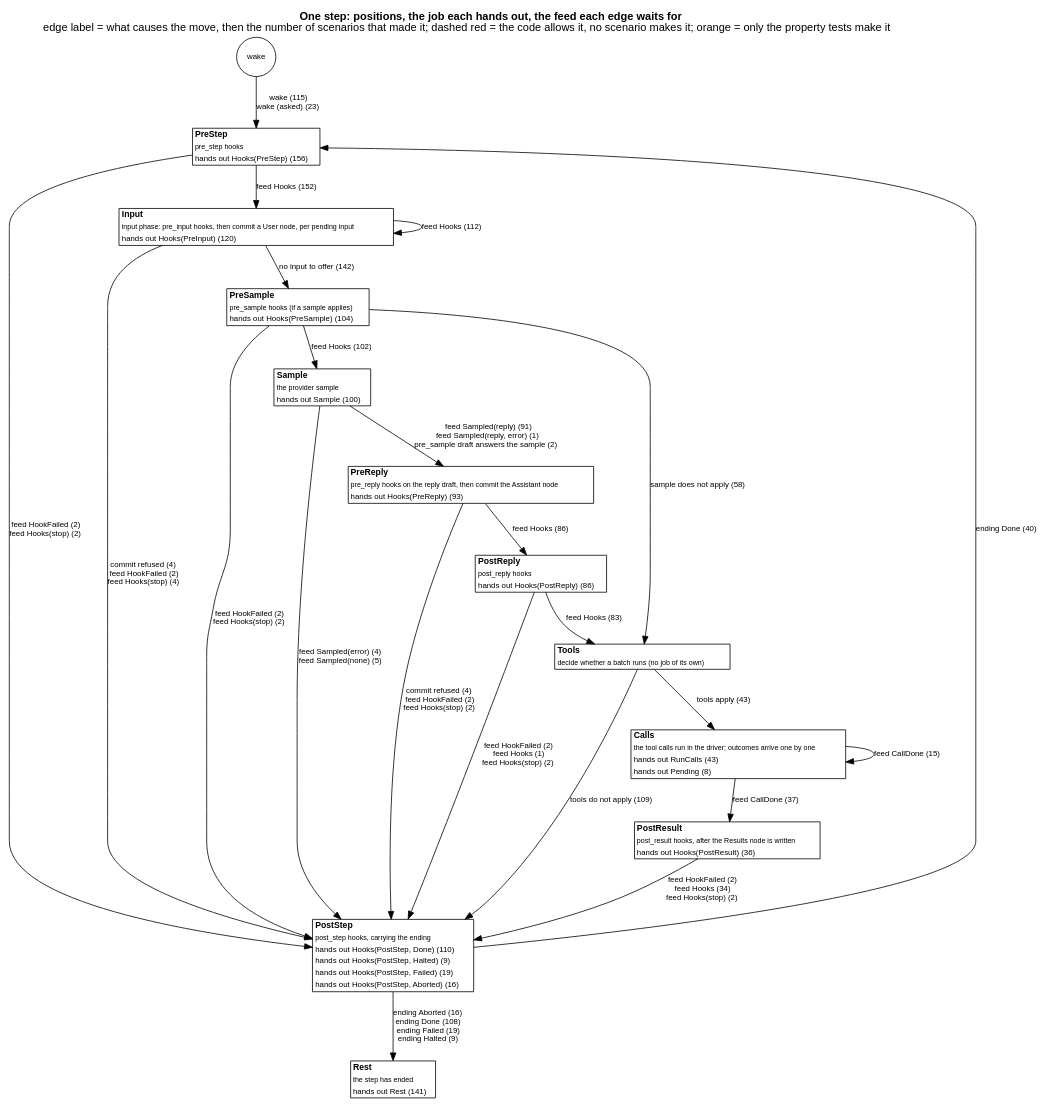
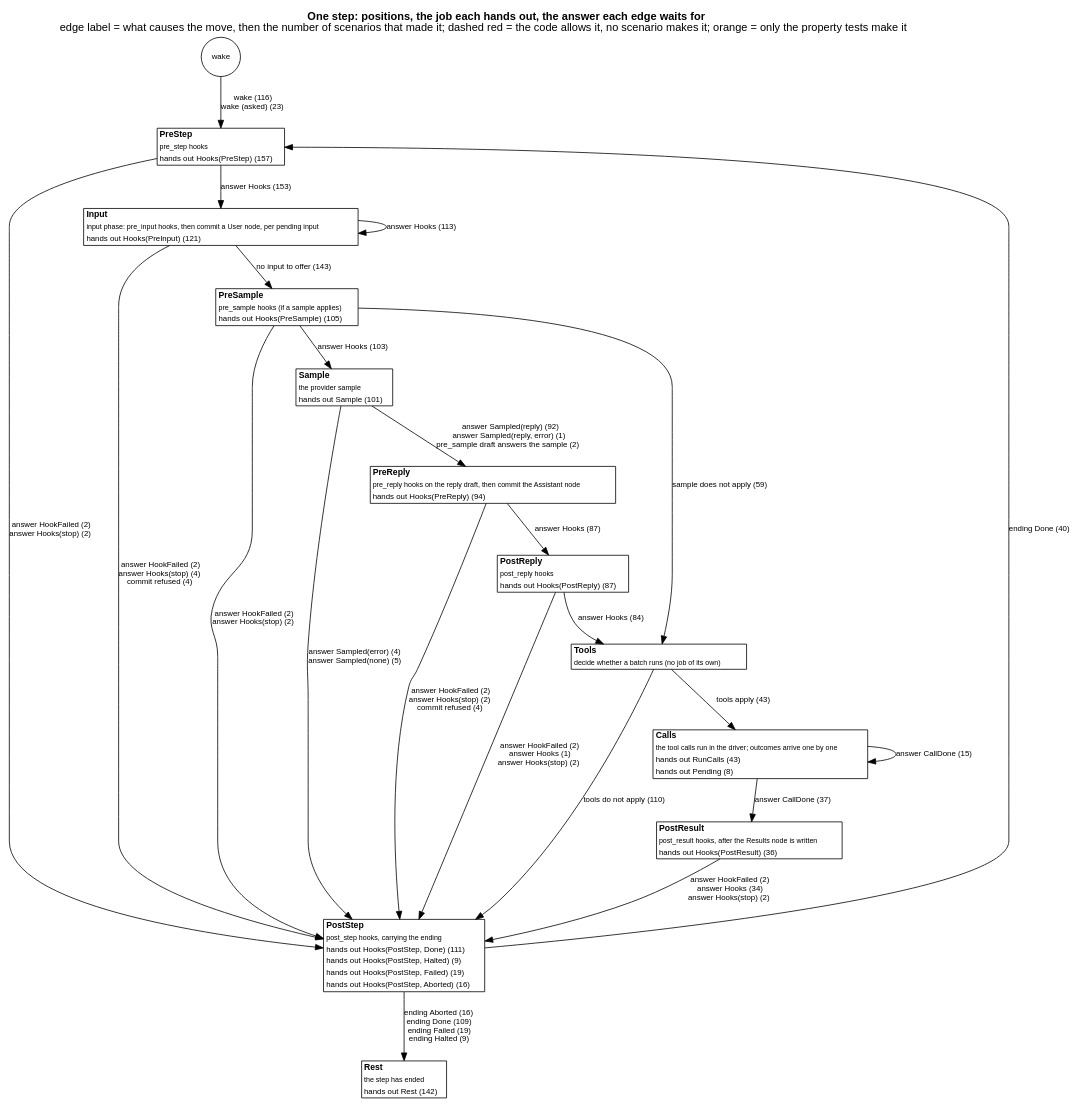
The diagram in docs/as-built/diagrams/step-positions.dot (jmccardle/tau), drawn with Graphviz before and after one commit. The commit also changed 56 other files, not shown here.

First line of the commit message:
Session by concept, rule 7 as a tripwire, feed renamed answer

```diff
--- a/docs/as-built/diagrams/step-positions.dot
+++ b/docs/as-built/diagrams/step-positions.dot
@@ -1,40 +1,40 @@
 // Generated by scripts/diagrams.sh from the test suites' transitions. Do not edit.
 digraph step_positions {
-  graph [rankdir=TB, fontname="Helvetica", nodesep=0.5, ranksep=0.6, labelloc=t, label=<<b>One step: positions, the job each hands out, the feed each edge waits for</b><br/>edge label = what causes the move, then the number of scenarios that made it; dashed red = the code allows it, no scenario makes it; orange = only the property tests make it>];
+  graph [rankdir=TB, fontname="Helvetica", nodesep=0.5, ranksep=0.6, labelloc=t, label=<<b>One step: positions, the job each hands out, the answer each edge waits for</b><br/>edge label = what causes the move, then the number of scenarios that made it; dashed red = the code allows it, no scenario makes it; orange = only the property tests make it>];
   node [shape=plain, fontname="Helvetica", fontsize=11];
   edge [fontname="Helvetica", fontsize=10];
   "(wake)" [shape=circle, label="wake", fontsize=10];
-  "PreStep" [label=<<table border="1" cellborder="0" cellspacing="0" bgcolor="white"><tr><td align="left"><b>PreStep</b></td></tr><tr><td align="left"><font point-size="9">pre_step hooks</font></td></tr><tr><td align="left"><font color="black" point-size="10">hands out Hooks(PreStep) (156)</font></td></tr></table>>];
-  "Input" [label=<<table border="1" cellborder="0" cellspacing="0" bgcolor="white"><tr><td align="left"><b>Input</b></td></tr><tr><td align="left"><font point-size="9">input phase: pre_input hooks, then commit a User node, per pending input</font></td></tr><tr><td align="left"><font color="black" point-size="10">hands out Hooks(PreInput) (120)</font></td></tr></table>>];
-  "PreSample" [label=<<table border="1" cellborder="0" cellspacing="0" bgcolor="white"><tr><td align="left"><b>PreSample</b></td></tr><tr><td align="left"><font point-size="9">pre_sample hooks (if a sample applies)</font></td></tr><tr><td align="left"><font color="black" point-size="10">hands out Hooks(PreSample) (104)</font></td></tr></table>>];
-  "Sample" [label=<<table border="1" cellborder="0" cellspacing="0" bgcolor="white"><tr><td align="left"><b>Sample</b></td></tr><tr><td align="left"><font point-size="9">the provider sample</font></td></tr><tr><td align="left"><font color="black" point-size="10">hands out Sample (100)</font></td></tr></table>>];
-  "PreReply" [label=<<table border="1" cellborder="0" cellspacing="0" bgcolor="white"><tr><td align="left"><b>PreReply</b></td></tr><tr><td align="left"><font point-size="9">pre_reply hooks on the reply draft, then commit the Assistant node</font></td></tr><tr><td align="left"><font color="black" point-size="10">hands out Hooks(PreReply) (93)</font></td></tr></table>>];
-  "PostReply" [label=<<table border="1" cellborder="0" cellspacing="0" bgcolor="white"><tr><td align="left"><b>PostReply</b></td></tr><tr><td align="left"><font point-size="9">post_reply hooks</font></td></tr><tr><td align="left"><font color="black" point-size="10">hands out Hooks(PostReply) (86)</font></td></tr></table>>];
+  "PreStep" [label=<<table border="1" cellborder="0" cellspacing="0" bgcolor="white"><tr><td align="left"><b>PreStep</b></td></tr><tr><td align="left"><font point-size="9">pre_step hooks</font></td></tr><tr><td align="left"><font color="black" point-size="10">hands out Hooks(PreStep) (157)</font></td></tr></table>>];
+  "Input" [label=<<table border="1" cellborder="0" cellspacing="0" bgcolor="white"><tr><td align="left"><b>Input</b></td></tr><tr><td align="left"><font point-size="9">input phase: pre_input hooks, then commit a User node, per pending input</font></td></tr><tr><td align="left"><font color="black" point-size="10">hands out Hooks(PreInput) (121)</font></td></tr></table>>];
+  "PreSample" [label=<<table border="1" cellborder="0" cellspacing="0" bgcolor="white"><tr><td align="left"><b>PreSample</b></td></tr><tr><td align="left"><font point-size="9">pre_sample hooks (if a sample applies)</font></td></tr><tr><td align="left"><font color="black" point-size="10">hands out Hooks(PreSample) (105)</font></td></tr></table>>];
+  "Sample" [label=<<table border="1" cellborder="0" cellspacing="0" bgcolor="white"><tr><td align="left"><b>Sample</b></td></tr><tr><td align="left"><font point-size="9">the provider sample</font></td></tr><tr><td align="left"><font color="black" point-size="10">hands out Sample (101)</font></td></tr></table>>];
+  "PreReply" [label=<<table border="1" cellborder="0" cellspacing="0" bgcolor="white"><tr><td align="left"><b>PreReply</b></td></tr><tr><td align="left"><font point-size="9">pre_reply hooks on the reply draft, then commit the Assistant node</font></td></tr><tr><td align="left"><font color="black" point-size="10">hands out Hooks(PreReply) (94)</font></td></tr></table>>];
+  "PostReply" [label=<<table border="1" cellborder="0" cellspacing="0" bgcolor="white"><tr><td align="left"><b>PostReply</b></td></tr><tr><td align="left"><font point-size="9">post_reply hooks</font></td></tr><tr><td align="left"><font color="black" point-size="10">hands out Hooks(PostReply) (87)</font></td></tr></table>>];
   "Tools" [label=<<table border="1" cellborder="0" cellspacing="0" bgcolor="white"><tr><td align="left"><b>Tools</b></td></tr><tr><td align="left"><font point-size="9">decide whether a batch runs (no job of its own)</font></td></tr></table>>];
   "Calls" [label=<<table border="1" cellborder="0" cellspacing="0" bgcolor="white"><tr><td align="left"><b>Calls</b></td></tr><tr><td align="left"><font point-size="9">the tool calls run in the driver; outcomes arrive one by one</font></td></tr><tr><td align="left"><font color="black" point-size="10">hands out RunCalls (43)</font></td></tr><tr><td align="left"><font color="black" point-size="10">hands out Pending (8)</font></td></tr></table>>];
   "PostResult" [label=<<table border="1" cellborder="0" cellspacing="0" bgcolor="white"><tr><td align="left"><b>PostResult</b></td></tr><tr><td align="left"><font point-size="9">post_result hooks, after the Results node is written</font></td></tr><tr><td align="left"><font color="black" point-size="10">hands out Hooks(PostResult) (36)</font></td></tr></table>>];
-  "PostStep" [label=<<table border="1" cellborder="0" cellspacing="0" bgcolor="white"><tr><td align="left"><b>PostStep</b></td></tr><tr><td align="left"><font point-size="9">post_step hooks, carrying the ending</font></td></tr><tr><td align="left"><font color="black" point-size="10">hands out Hooks(PostStep, Done) (110)</font></td></tr><tr><td align="left"><font color="black" point-size="10">hands out Hooks(PostStep, Halted) (9)</font></td></tr><tr><td align="left"><font color="black" point-size="10">hands out Hooks(PostStep, Failed) (19)</font></td></tr><tr><td align="left"><font color="black" point-size="10">hands out Hooks(PostStep, Aborted) (16)</font></td></tr></table>>];
-  "Rest" [label=<<table border="1" cellborder="0" cellspacing="0" bgcolor="white"><tr><td align="left"><b>Rest</b></td></tr><tr><td align="left"><font point-size="9">the step has ended</font></td></tr><tr><td align="left"><font color="black" point-size="10">hands out Rest (141)</font></td></tr></table>>];
-  "(wake)" -> "PreStep" [label=<wake (115)<br/>wake (asked) (23)>, color="black", style=solid];
-  "Calls" -> "Calls" [label=<feed CallDone (15)>, color="black", style=solid];
-  "Calls" -> "PostResult" [label=<feed CallDone (37)>, color="black", style=solid];
-  "Input" -> "Input" [label=<feed Hooks (112)>, color="black", style=solid];
-  "Input" -> "PostStep" [label=<commit refused (4)<br/>feed HookFailed (2)<br/>feed Hooks(stop) (4)>, color="black", style=solid];
-  "Input" -> "PreSample" [label=<no input to offer (142)>, color="black", style=solid];
-  "PostReply" -> "PostStep" [label=<feed HookFailed (2)<br/>feed Hooks (1)<br/>feed Hooks(stop) (2)>, color="black", style=solid];
-  "PostReply" -> "Tools" [label=<feed Hooks (83)>, color="black", style=solid];
-  "PostResult" -> "PostStep" [label=<feed HookFailed (2)<br/>feed Hooks (34)<br/>feed Hooks(stop) (2)>, color="black", style=solid];
+  "PostStep" [label=<<table border="1" cellborder="0" cellspacing="0" bgcolor="white"><tr><td align="left"><b>PostStep</b></td></tr><tr><td align="left"><font point-size="9">post_step hooks, carrying the ending</font></td></tr><tr><td align="left"><font color="black" point-size="10">hands out Hooks(PostStep, Done) (111)</font></td></tr><tr><td align="left"><font color="black" point-size="10">hands out Hooks(PostStep, Halted) (9)</font></td></tr><tr><td align="left"><font color="black" point-size="10">hands out Hooks(PostStep, Failed) (19)</font></td></tr><tr><td align="left"><font color="black" point-size="10">hands out Hooks(PostStep, Aborted) (16)</font></td></tr></table>>];
+  "Rest" [label=<<table border="1" cellborder="0" cellspacing="0" bgcolor="white"><tr><td align="left"><b>Rest</b></td></tr><tr><td align="left"><font point-size="9">the step has ended</font></td></tr><tr><td align="left"><font color="black" point-size="10">hands out Rest (142)</font></td></tr></table>>];
+  "(wake)" -> "PreStep" [label=<wake (116)<br/>wake (asked) (23)>, color="black", style=solid];
+  "Calls" -> "Calls" [label=<answer CallDone (15)>, color="black", style=solid];
+  "Calls" -> "PostResult" [label=<answer CallDone (37)>, color="black", style=solid];
+  "Input" -> "Input" [label=<answer Hooks (113)>, color="black", style=solid];
+  "Input" -> "PostStep" [label=<answer HookFailed (2)<br/>answer Hooks(stop) (4)<br/>commit refused (4)>, color="black", style=solid];
+  "Input" -> "PreSample" [label=<no input to offer (143)>, color="black", style=solid];
+  "PostReply" -> "PostStep" [label=<answer HookFailed (2)<br/>answer Hooks (1)<br/>answer Hooks(stop) (2)>, color="black", style=solid];
+  "PostReply" -> "Tools" [label=<answer Hooks (84)>, color="black", style=solid];
+  "PostResult" -> "PostStep" [label=<answer HookFailed (2)<br/>answer Hooks (34)<br/>answer Hooks(stop) (2)>, color="black", style=solid];
   "PostStep" -> "PreStep" [label=<ending Done (40)>, color="black", style=solid];
-  "PostStep" -> "Rest" [label=<ending Aborted (16)<br/>ending Done (108)<br/>ending Failed (19)<br/>ending Halted (9)>, color="black", style=solid];
-  "PreReply" -> "PostReply" [label=<feed Hooks (86)>, color="black", style=solid];
-  "PreReply" -> "PostStep" [label=<commit refused (4)<br/>feed HookFailed (2)<br/>feed Hooks(stop) (2)>, color="black", style=solid];
-  "PreSample" -> "PostStep" [label=<feed HookFailed (2)<br/>feed Hooks(stop) (2)>, color="black", style=solid];
-  "PreSample" -> "Sample" [label=<feed Hooks (102)>, color="black", style=solid];
-  "PreSample" -> "Tools" [label=<sample does not apply (58)>, color="black", style=solid];
-  "PreStep" -> "Input" [label=<feed Hooks (152)>, color="black", style=solid];
-  "PreStep" -> "PostStep" [label=<feed HookFailed (2)<br/>feed Hooks(stop) (2)>, color="black", style=solid];
-  "Sample" -> "PostStep" [label=<feed Sampled(error) (4)<br/>feed Sampled(none) (5)>, color="black", style=solid];
-  "Sample" -> "PreReply" [label=<feed Sampled(reply) (91)<br/>feed Sampled(reply, error) (1)<br/>pre_sample draft answers the sample (2)>, color="black", style=solid];
+  "PostStep" -> "Rest" [label=<ending Aborted (16)<br/>ending Done (109)<br/>ending Failed (19)<br/>ending Halted (9)>, color="black", style=solid];
+  "PreReply" -> "PostReply" [label=<answer Hooks (87)>, color="black", style=solid];
+  "PreReply" -> "PostStep" [label=<answer HookFailed (2)<br/>answer Hooks(stop) (2)<br/>commit refused (4)>, color="black", style=solid];
+  "PreSample" -> "PostStep" [label=<answer HookFailed (2)<br/>answer Hooks(stop) (2)>, color="black", style=solid];
+  "PreSample" -> "Sample" [label=<answer Hooks (103)>, color="black", style=solid];
+  "PreSample" -> "Tools" [label=<sample does not apply (59)>, color="black", style=solid];
+  "PreStep" -> "Input" [label=<answer Hooks (153)>, color="black", style=solid];
+  "PreStep" -> "PostStep" [label=<answer HookFailed (2)<br/>answer Hooks(stop) (2)>, color="black", style=solid];
+  "Sample" -> "PostStep" [label=<answer Sampled(error) (4)<br/>answer Sampled(none) (5)>, color="black", style=solid];
+  "Sample" -> "PreReply" [label=<answer Sampled(reply) (92)<br/>answer Sampled(reply, error) (1)<br/>pre_sample draft answers the sample (2)>, color="black", style=solid];
   "Tools" -> "Calls" [label=<tools apply (43)>, color="black", style=solid];
-  "Tools" -> "PostStep" [label=<tools do not apply (109)>, color="black", style=solid];
+  "Tools" -> "PostStep" [label=<tools do not apply (110)>, color="black", style=solid];
 }
```
